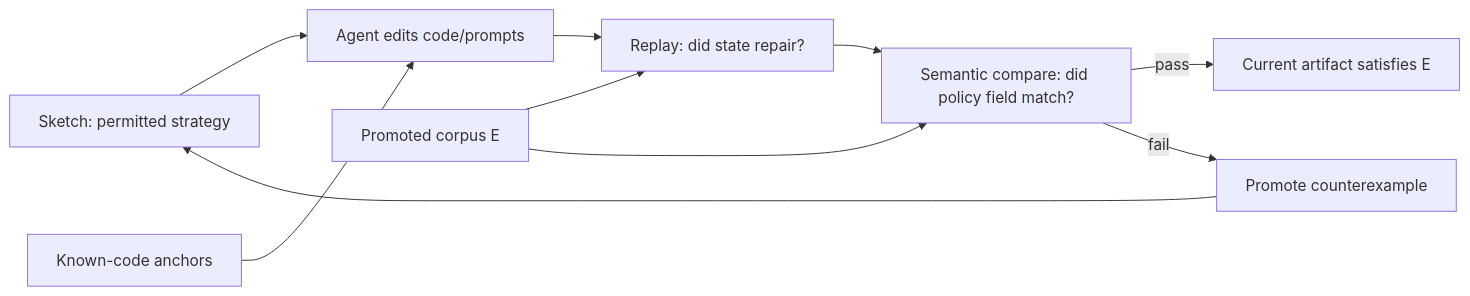
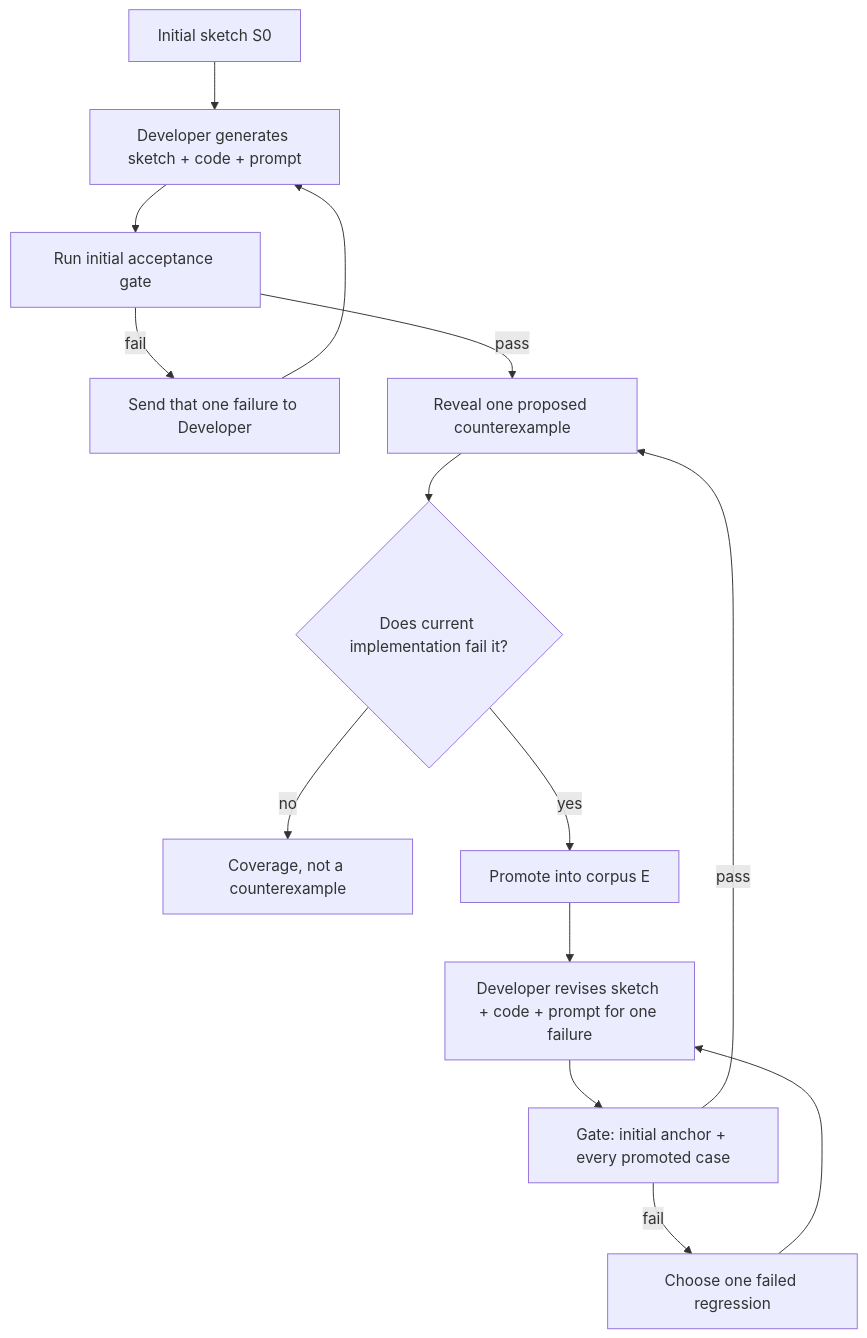
Before and after one commit to open-horizon-labs/counterexample-supplemented-sketches: the diagram in README.md, drawn with Mermaid. The commit also changed other lines of this file and 354 other files, not shown here.

````diff
--- a/README.md
+++ b/README.md
@@ -14,12 +41,16 @@
 ```mermaid
-flowchart LR
-    Sketch["Sketch: permitted strategy"] --> Agent["Agent edits code/prompts"]
-    Anchors["Known-code anchors"] --> Agent
-    Corpus["Promoted corpus E"] --> Replay["Replay: did state repair?"]
-    Agent --> Replay
-    Replay --> Compare["Semantic compare: did policy field match?"]
-    Corpus --> Compare
-    Compare -->|pass| Done["Current artifact satisfies E"]
-    Compare -->|fail| Counterexample["Promote counterexample"]
-    Counterexample --> Sketch
+flowchart TD
+    S0["Initial sketch S0"] --> D0["Developer generates sketch + code + prompt"]
+    D0 --> G0["Run initial acceptance gate"]
+    G0 -->|fail| F0["Send that one failure to Developer"]
+    F0 --> D0
+    G0 -->|pass| N["Reveal one proposed counterexample"]
+    N --> P{"Does current implementation fail it?"}
+    P -->|no| C["Coverage, not a counterexample"]
+    P -->|yes| E["Promote into corpus E"]
+    E --> D["Developer revises sketch + code + prompt for one failure"]
+    D --> G["Gate: initial anchor + every promoted case"]
+    G -->|fail| R["Choose one failed regression"]
+    R --> D
+    G -->|pass| N
 ```
````
